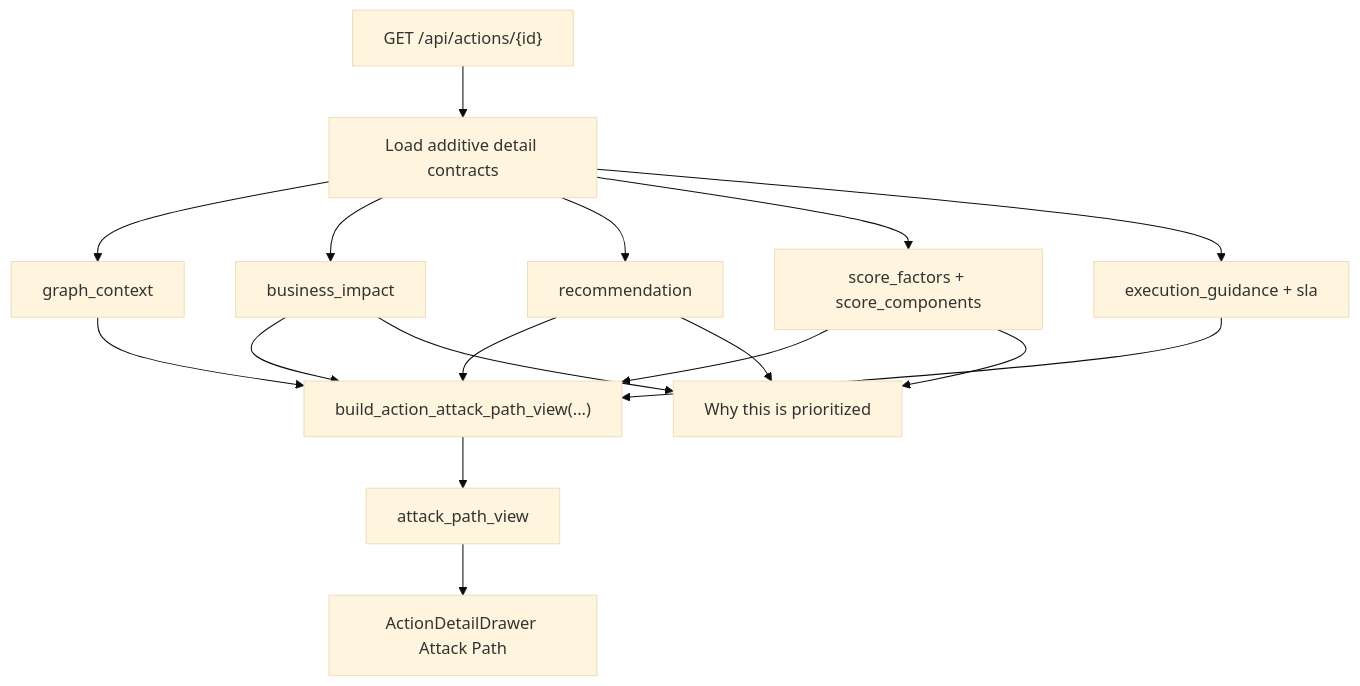
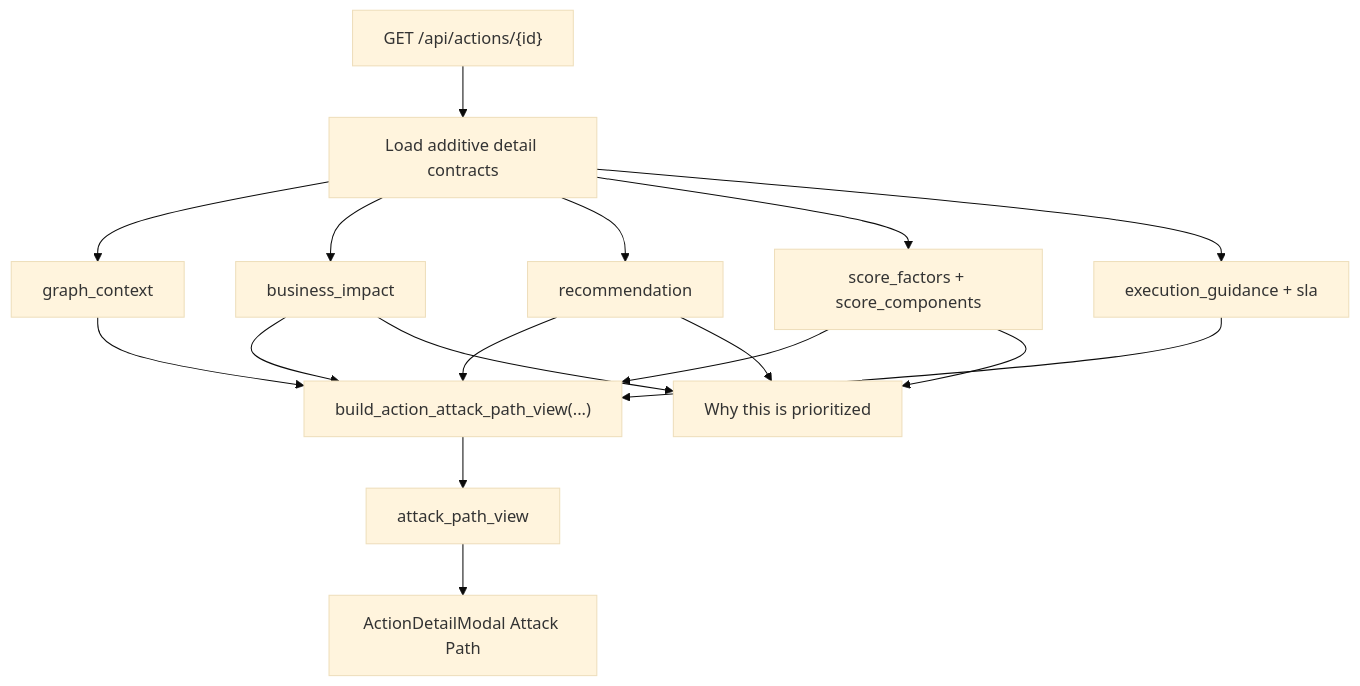
Before and after one commit to marcoIbrahim0/awsautopilot: the diagram in docs/features/attack-path-view.md, drawn with Mermaid (base theme). The commit also changed other lines of this file and 30 other files, not shown here.

Commit message:
Update action detail surfaces and lock remediation profile baselines

````diff
--- a/docs/features/attack-path-view.md
+++ b/docs/features/attack-path-view.md
@@ -108,19 +138,19 @@
 ```mermaid
 flowchart TD
     A["GET /api/actions/{id}"] --> B["Load additive detail contracts"]
     B --> C["graph_context"]
     B --> D["business_impact"]
     B --> E["recommendation"]
     B --> F["score_factors + score_components"]
     B --> G["execution_guidance + sla"]
     C --> H["build_action_attack_path_view(...)"]
     D --> H
     E --> H
     F --> H
     G --> H
     H --> I["attack_path_view"]
-    I --> J["ActionDetailDrawer Attack Path"]
+    I --> J["ActionDetailModal Attack Path"]
     F --> K["Why this is prioritized"]
     D --> K
     E --> K
 ```
````
